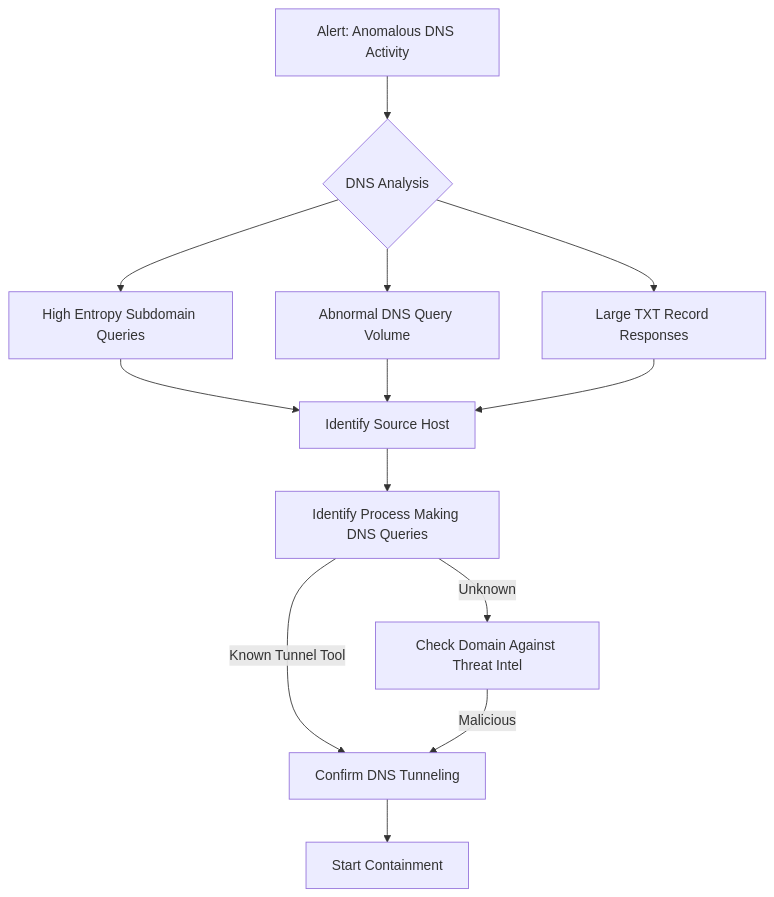
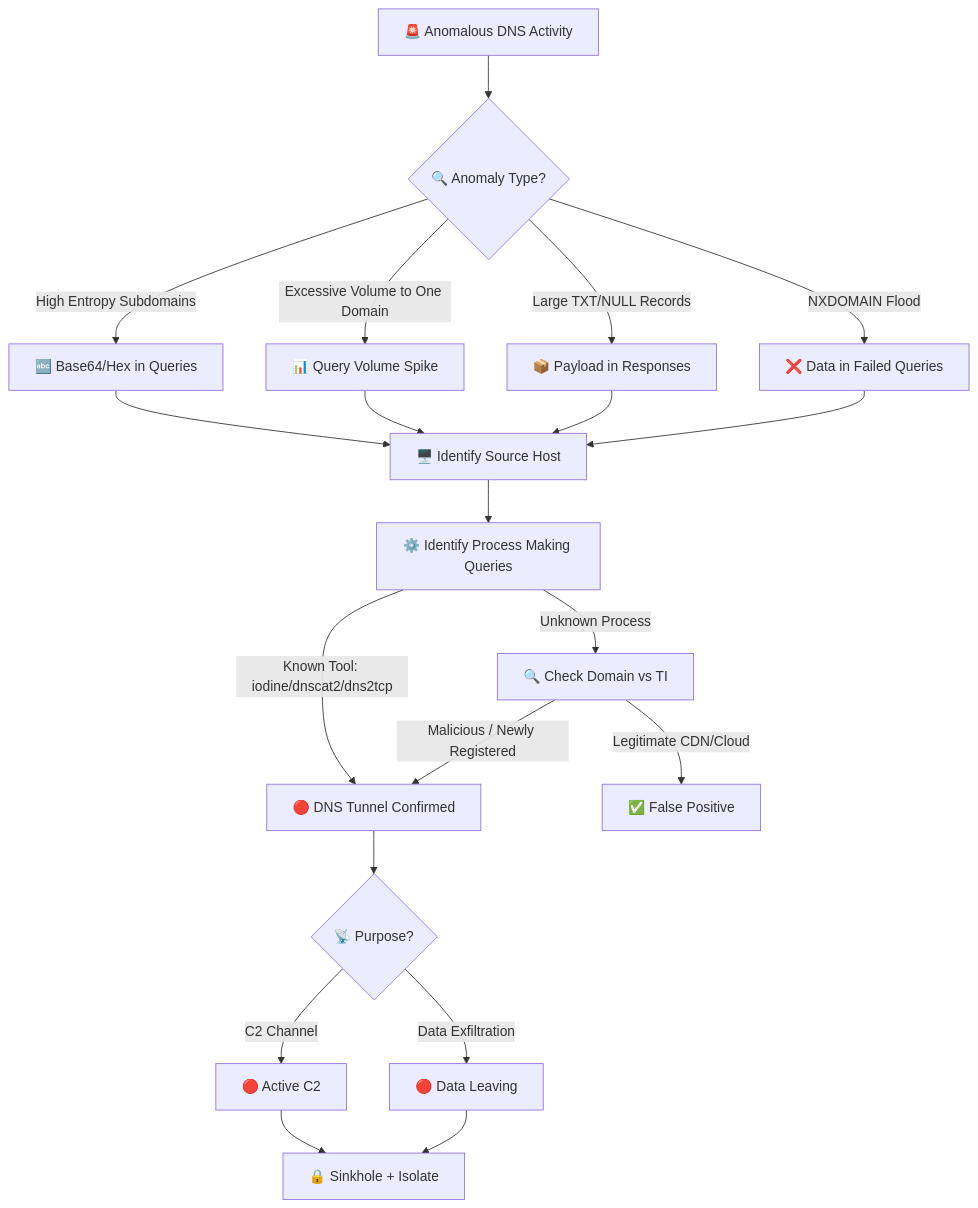
One commit to nutthakorn7/SOC-Standard-Operating-Procedures changed the diagram in 05_Incident_Response/Playbooks/DNS_Tunneling.en.md. Above: the diagram before and after it, drawn with Mermaid. The commit also changed other lines of this file and 7 other files, not shown here.

````diff
--- a/05_Incident_Response/Playbooks/DNS_Tunneling.en.md
+++ b/05_Incident_Response/Playbooks/DNS_Tunneling.en.md
@@ -7,15 +12,22 @@
 ```mermaid
-flowchart TD
-    Start[Alert: Anomalous DNS Activity] --> Check{DNS Analysis}
-    Check --> Entropy[High Entropy Subdomain Queries]
-    Check --> Volume[Abnormal DNS Query Volume]
-    Check --> TXT[Large TXT Record Responses]
-    Entropy --> Source[Identify Source Host]
-    Volume --> Source
-    TXT --> Source
-    Source --> Process[Identify Process Making DNS Queries]
-    Process --> |Known Tunnel Tool| Confirm[Confirm DNS Tunneling]
-    Process --> |Unknown| IOC[Check Domain Against Threat Intel]
-    IOC --> |Malicious| Confirm
-    Confirm --> Contain[Start Containment]
+graph TD
+    Alert["🚨 Anomalous DNS Activity"] --> Type{"🔍 Anomaly Type?"}
+    Type -->|High Entropy Subdomains| Entropy["🔤 Base64/Hex in Queries"]
+    Type -->|Excessive Volume to One Domain| Volume["📊 Query Volume Spike"]
+    Type -->|Large TXT/NULL Records| TXT["📦 Payload in Responses"]
+    Type -->|NXDOMAIN Flood| NX["❌ Data in Failed Queries"]
+    Entropy --> Host["🖥️ Identify Source Host"]
+    Volume --> Host
+    TXT --> Host
+    NX --> Host
+    Host --> Process["⚙️ Identify Process Making Queries"]
+    Process -->|Known Tool: iodine/dnscat2/dns2tcp| Confirmed["🔴 DNS Tunnel Confirmed"]
+    Process -->|Unknown Process| TI["🔍 Check Domain vs TI"]
+    TI -->|Malicious / Newly Registered| Confirmed
+    TI -->|Legitimate CDN/Cloud| FP["✅ False Positive"]
+    Confirmed --> Purpose{"📡 Purpose?"}
+    Purpose -->|C2 Channel| C2["🔴 Active C2"]
+    Purpose -->|Data Exfiltration| Exfil["🔴 Data Leaving"]
+    C2 --> Block["🔒 Sinkhole + Isolate"]
+    Exfil --> Block
 ```
````
